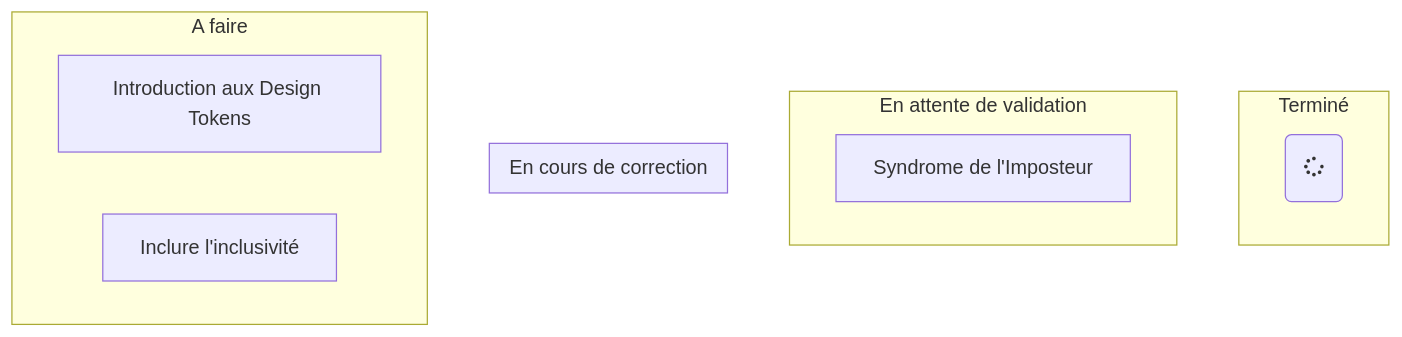
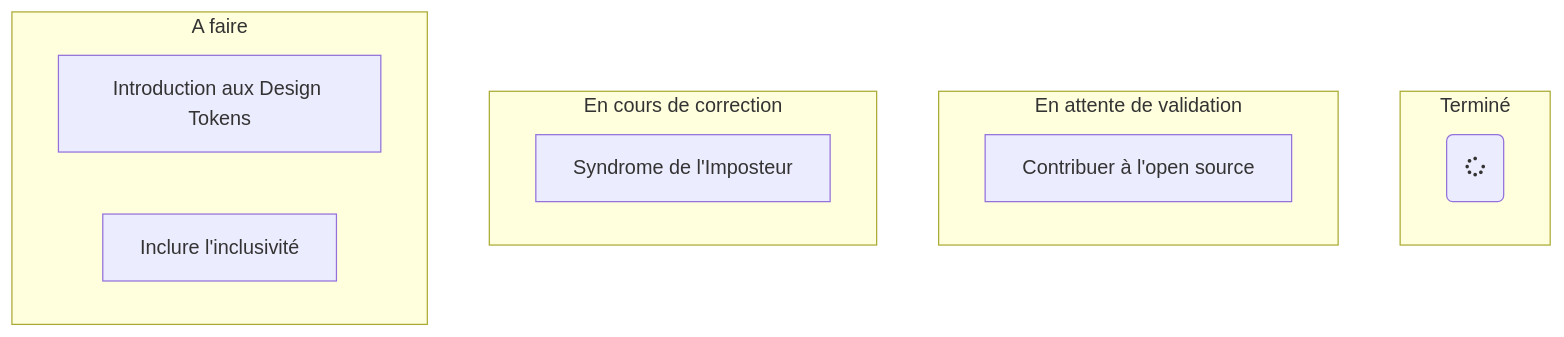
The diagram in README.md (Noirtam/BDX-IO-2022-SOUS-TITRE), drawn with Mermaid before and after one commit.

Commit message:
Increase index of element

````diff
--- a/README.md
+++ b/README.md
@@ -24,19 +24,19 @@
 ```mermaid
 flowchart TB
     subgraph Terminé
     Z(fa:fa-spinner);
     end
     
     subgraph En attente de validation
     A["Contribuer à l'open source"]
     end
     
     subgraph En cours de correction
-    A["Syndrome de l'Imposteur"]
+    D["Syndrome de l'Imposteur"]
     end
 
     subgraph A faire
     B["Introduction aux Design Tokens"]
     C["Inclure l'inclusivité"]
     end
 ```
````
